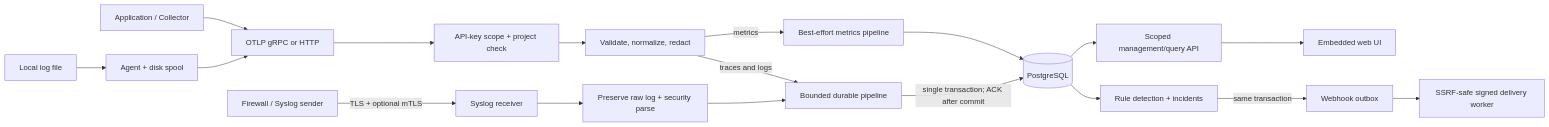
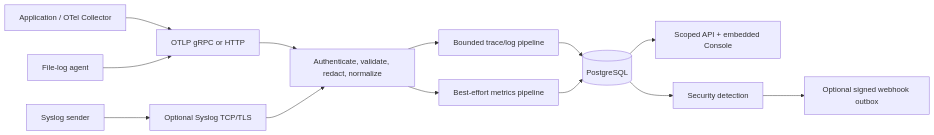
Before and after one commit to vanquan3008/flight-recorder: the diagram in README.md, drawn with Mermaid. The commit also changed other lines of this file, not shown here.

````diff
--- a/README.md
+++ b/README.md
@@ -24,20 +120,15 @@
 ```mermaid
 flowchart LR
-    App[Application / Collector] --> OTLP[OTLP gRPC or HTTP]
-    File[Local log file] --> Agent[Agent + disk spool]
-    Agent --> OTLP
-    Device[Firewall / Syslog sender] -->|TLS + optional mTLS| Syslog[Syslog receiver]
-    OTLP --> Auth[API-key scope + project check]
-    Auth --> Normalize[Validate, normalize, redact]
-    Normalize -->|traces and logs| Durable[Bounded durable pipeline]
-    Syslog --> Security[Preserve raw log + security parse]
-    Security --> Durable
-    Durable -->|single transaction; ACK after commit| PG[(PostgreSQL)]
-    Normalize -->|metrics| BestEffort[Best-effort metrics pipeline]
-    BestEffort --> PG
-    PG --> Detection[Rule detection + incidents]
-    Detection -->|same transaction| Outbox[Webhook outbox]
-    Outbox --> Worker[SSRF-safe signed delivery worker]
-    PG --> API[Scoped management/query API]
-    API --> UI[Embedded web UI]
+    App[Application / OTel Collector] --> OTLP[OTLP gRPC or HTTP]
+    Agent[File-log agent] --> OTLP
+    Device[Syslog sender] --> Syslog[Optional Syslog TCP/TLS]
+    OTLP --> Normalize[Authenticate, validate, redact, normalize]
+    Syslog --> Normalize
+    Normalize --> Durable[Bounded trace/log pipeline]
+    Durable --> PG[(PostgreSQL)]
+    Normalize --> Metrics[Best-effort metrics pipeline]
+    Metrics --> PG
+    PG --> API[Scoped API + embedded Console]
+    PG --> Detect[Security detection]
+    Detect --> Outbox[Optional signed webhook outbox]
 ```
````
